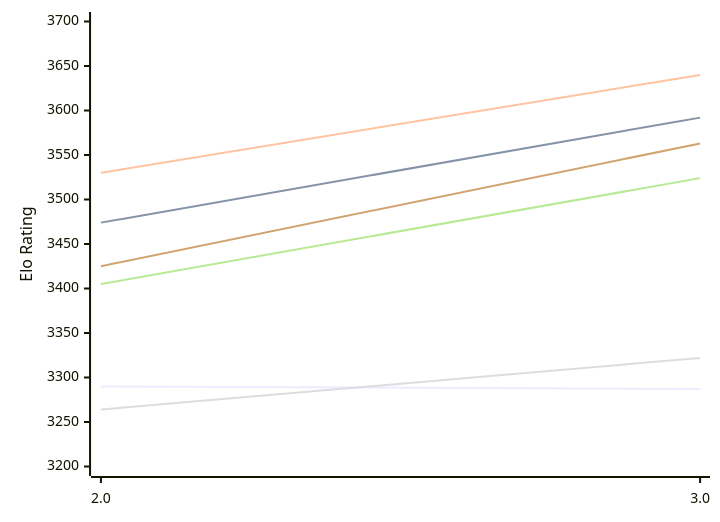
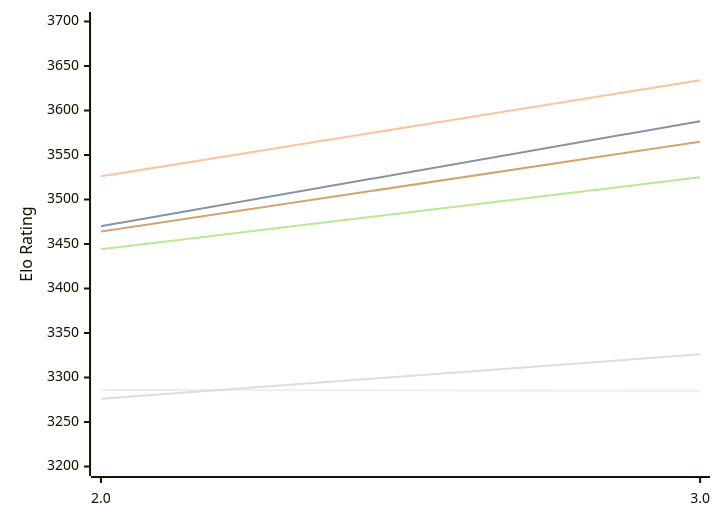
Before and after one commit to computer-chess-index/cci: the first of 2 diagrams in engines/Quanticade.md, drawn with Mermaid. The commit also changed other lines of this file, not shown here.

Commit message:
Update CCI Ratings (ELO VLTC) - 2026-11-21

````diff
--- a/engines/Quanticade.md
+++ b/engines/Quanticade.md
@@ -50,12 +50,12 @@
 ```mermaid
 %%{init: {"theme":"base","themeVariables":{"seriesColors:['#a3a3a3','#222221','#faa371']}}}%%
 xychart-beta
   x-axis ["2.0", "3.0"]
   y-axis "Elo Rating" 3200 --> 3700
-  line "E1: STC (8.0+0.08s)" [3290, 3287]
-  line "E1: LTC (60.0+0.60s)" [3474, 3592]
-  line "E1: VLTC (2m24s+1.12s)" [3530, 3640]
-  line "P1: STC (8.0+0.08s)" [3264, 3322]
-  line "P1: LTC (60.0+0.60s)" [3405, 3524]
-  line "P1: VLTC (2m24s+1.12s)" [3425, 3563]
+  line "E1: STC (8.0+0.08s)" [3286, 3285]
+  line "E1: LTC (60.0+0.60s)" [3470, 3588]
+  line "E1: VLTC (2m24s+1.12s)" [3526, 3634]
+  line "P1: STC (8.0+0.08s)" [3276, 3326]
+  line "P1: LTC (60.0+0.60s)" [3444, 3525]
+  line "P1: VLTC (2m24s+1.12s)" [3464, 3565]
 ```
````
